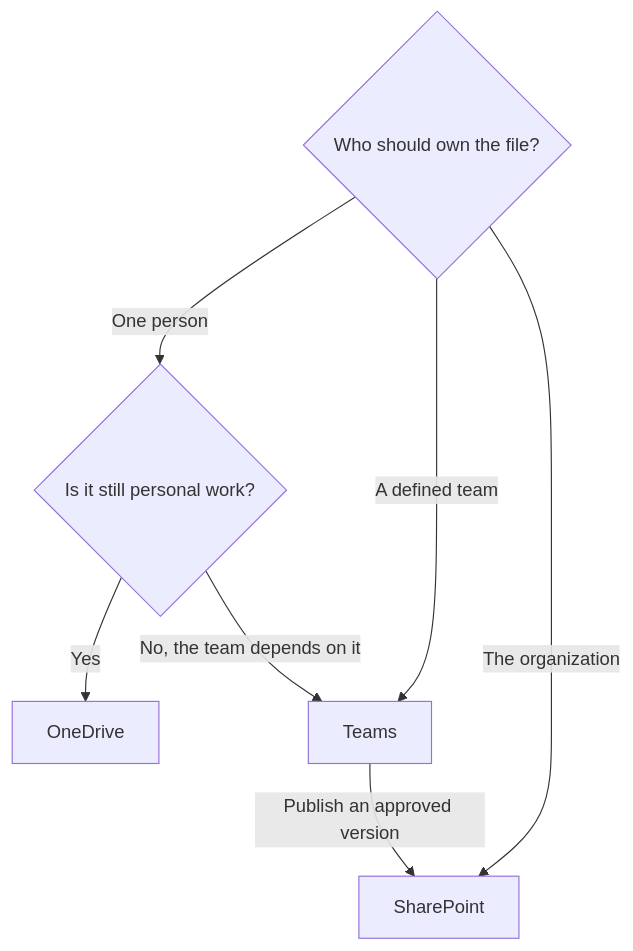
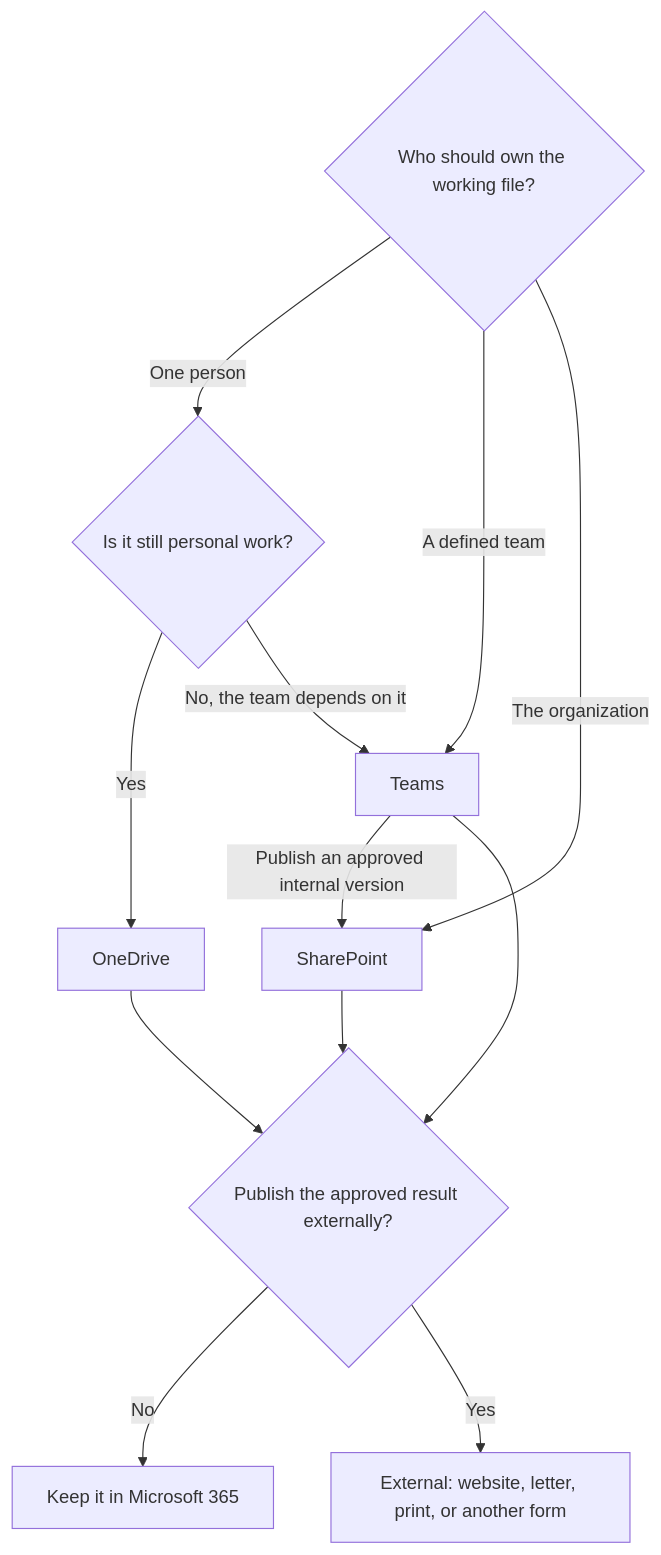
One commit to DwayneSelsig/M365wizard changed the diagram in docs/decisions/where-should-this-file-live.md. Above: the diagram before and after it, drawn with Mermaid. The commit also changed other lines of this file and 1 other file, not shown here.

Commit message:
Add external publication decision

````diff
--- a/docs/decisions/where-should-this-file-live.md
+++ b/docs/decisions/where-should-this-file-live.md
@@ -22,11 +22,17 @@
 ```mermaid
 flowchart TD
-    Start{Who should own the file?}
+    Start{Who should own the working file?}
     Start -->|One person| Personal{Is it still personal work?}
     Start -->|A defined team| Teams[Teams]
     Start -->|The organization| SharePoint[SharePoint]
 
     Personal -->|Yes| OneDrive[OneDrive]
     Personal -->|No, the team depends on it| Teams
-    Teams -->|Publish an approved version| SharePoint
+    Teams -->|Publish an approved internal version| SharePoint
+
+    OneDrive --> Publish{Publish the approved result externally?}
+    Teams --> Publish
+    SharePoint --> Publish
+    Publish -->|No| Keep[Keep it in Microsoft 365]
+    Publish -->|Yes| External[External: website, letter, print, or another form]
 ```
````
